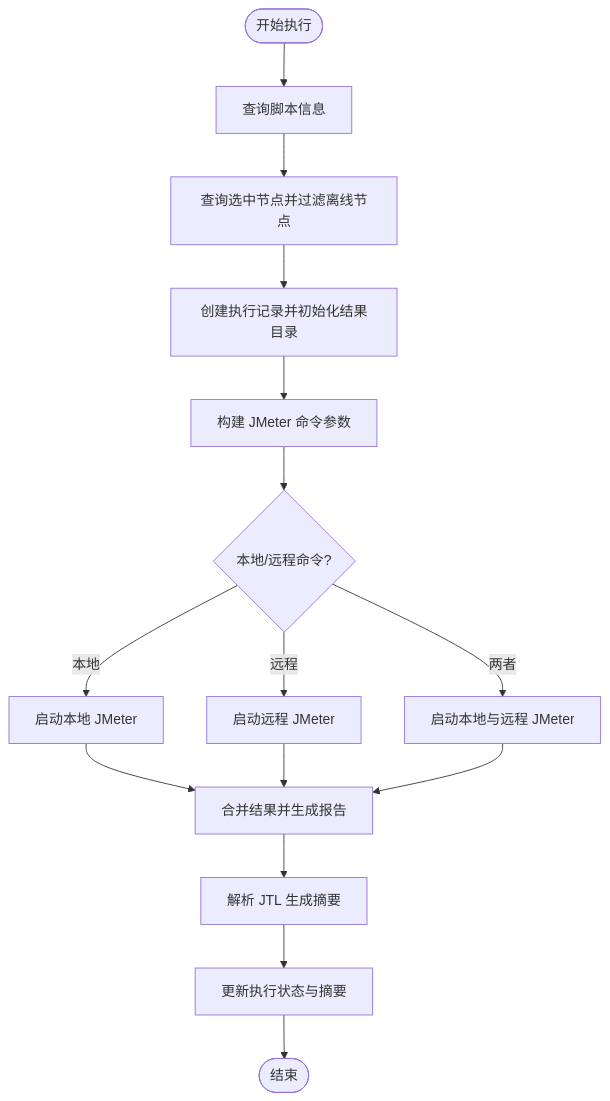
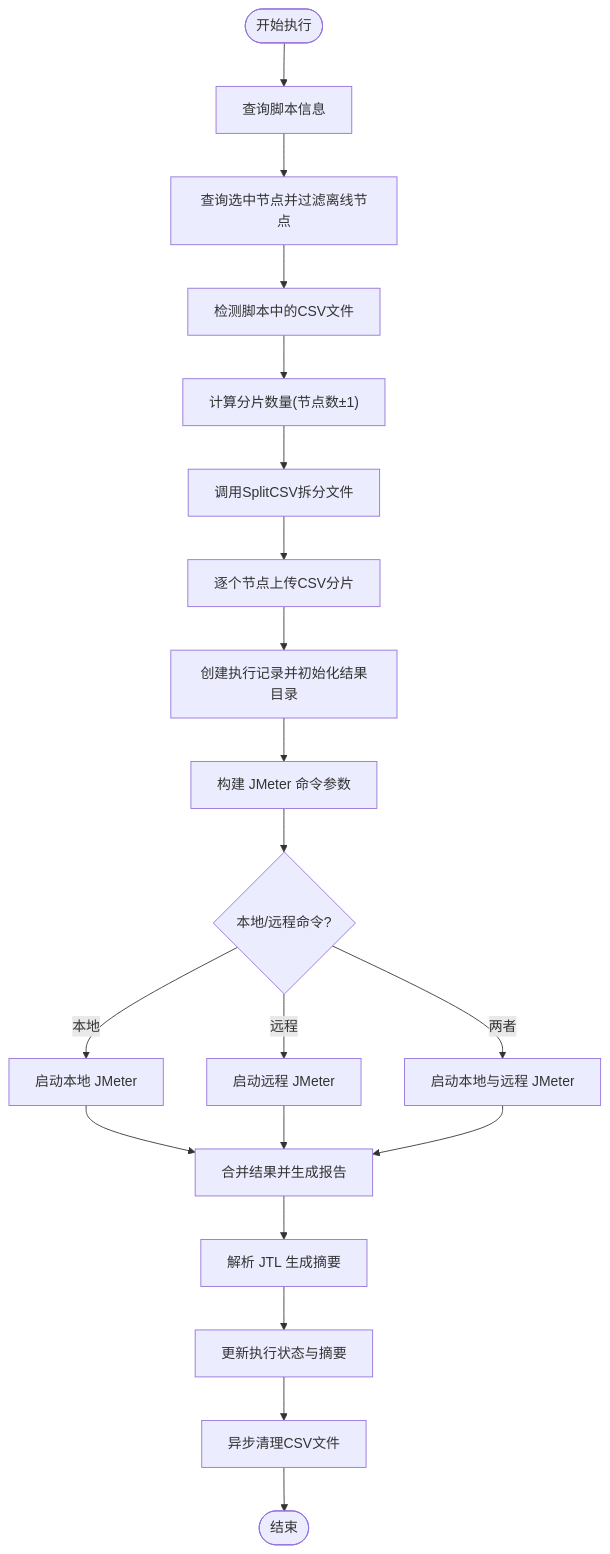
Before and after one commit to Liyuhao02/Jmeter-Admin: the third of 9 diagrams in .qoder/repowiki/zh/content/核心业务模块/执行管理系统/执行管理系统.md, drawn with Mermaid. The commit also changed other lines of this file and 13 other files, not shown here.

````diff
--- a/.qoder/repowiki/zh/content/核心业务模块/执行管理系统/执行管理系统.md
+++ b/.qoder/repowiki/zh/content/核心业务模块/执行管理系统/执行管理系统.md
@@ -158,17 +197,22 @@
 ```mermaid
 flowchart TD
 Start(["开始执行"]) --> QueryScript["查询脚本信息"]
 QueryScript --> QuerySlaves["查询选中节点并过滤离线节点"]
-QuerySlaves --> CreateExec["创建执行记录并初始化结果目录"]
+QuerySlaves --> DetectCSV["检测脚本中的CSV文件"]
+DetectCSV --> CalcPartCount["计算分片数量(节点数±1)"]
+CalcPartCount --> SplitCSV["调用SplitCSV拆分文件"]
+SplitCSV --> UploadToAgents["逐个节点上传CSV分片"]
+UploadToAgents --> CreateExec["创建执行记录并初始化结果目录"]
 CreateExec --> BuildArgs["构建 JMeter 命令参数"]
 BuildArgs --> RunCmd{"本地/远程命令?"}
 RunCmd --> |本地| LocalCmd["启动本地 JMeter"]
 RunCmd --> |远程| RemoteCmd["启动远程 JMeter"]
 RunCmd --> |两者| BothCmd["启动本地与远程 JMeter"]
 LocalCmd --> Merge["合并结果并生成报告"]
 RemoteCmd --> Merge
 BothCmd --> Merge
 Merge --> Parse["解析 JTL 生成摘要"]
 Parse --> UpdateStatus["更新执行状态与摘要"]
-UpdateStatus --> End(["结束"])
+UpdateStatus --> Cleanup["异步清理CSV文件"]
+Cleanup --> End(["结束"])
 ```
````
